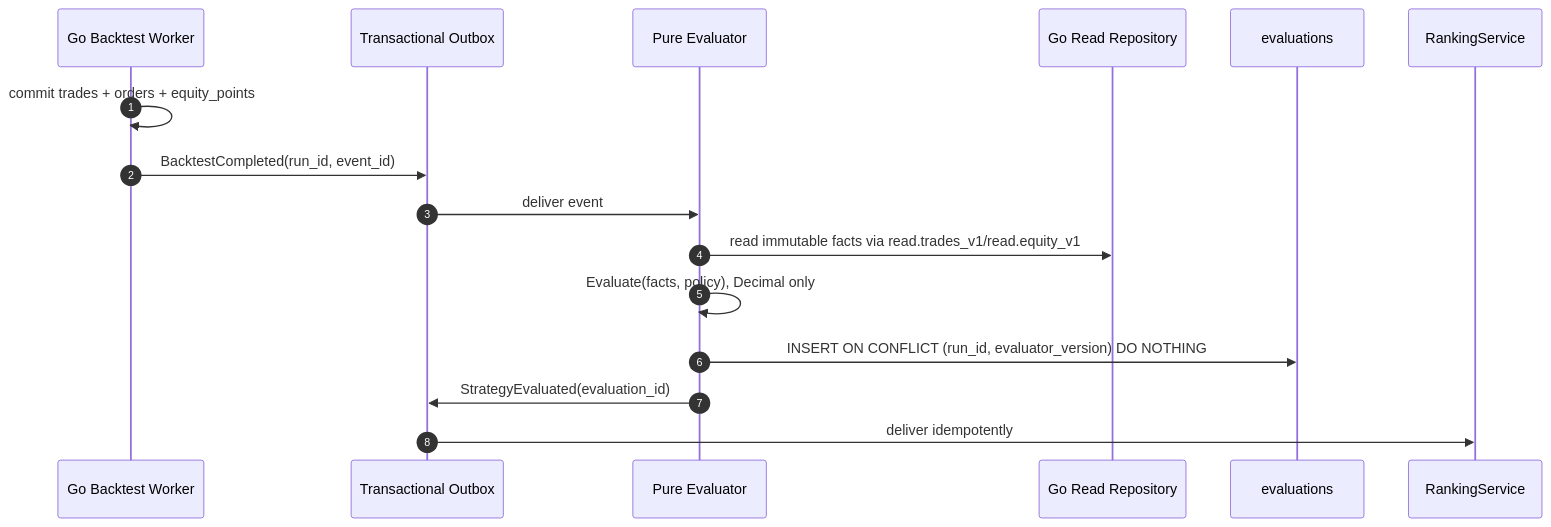
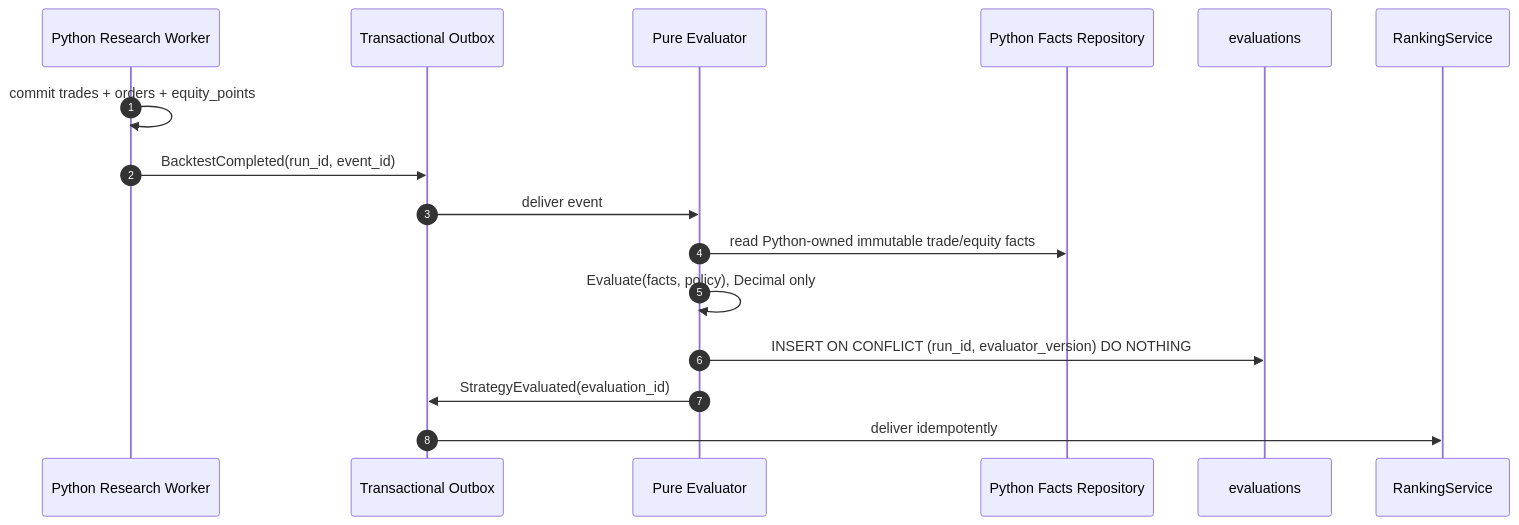
One commit to EnsoTech-Studio/CryptoBot changed the diagram in blueprint/specs/evaluation.md. Above: the diagram before and after it, drawn with Mermaid. The commit also changed other lines of this file and 129 other files, not shown here.

Commit message:
docs(blueprint): define agent architecture

````diff
--- a/blueprint/specs/evaluation.md
+++ b/blueprint/specs/evaluation.md
@@ -140,19 +143,19 @@
 ```mermaid
 sequenceDiagram
     autonumber
-    participant W as Go Backtest Worker
+    participant W as Python Research Worker
     participant OUT as Transactional Outbox
     participant EVA as Pure Evaluator
-    participant R as Go Read Repository
+    participant R as Python Facts Repository
     participant EV as evaluations
     participant RNK as RankingService
 
     W->>W: commit trades + orders + equity_points
     W->>OUT: BacktestCompleted(run_id, event_id)
     OUT->>EVA: deliver event
-    EVA->>R: read immutable facts via read.trades_v1/read.equity_v1
+    EVA->>R: read Python-owned immutable trade/equity facts
     EVA->>EVA: Evaluate(facts, policy), Decimal only
     EVA->>EV: INSERT ON CONFLICT (run_id, evaluator_version) DO NOTHING
     EVA->>OUT: StrategyEvaluated(evaluation_id)
     OUT->>RNK: deliver idempotently
 ```
````
